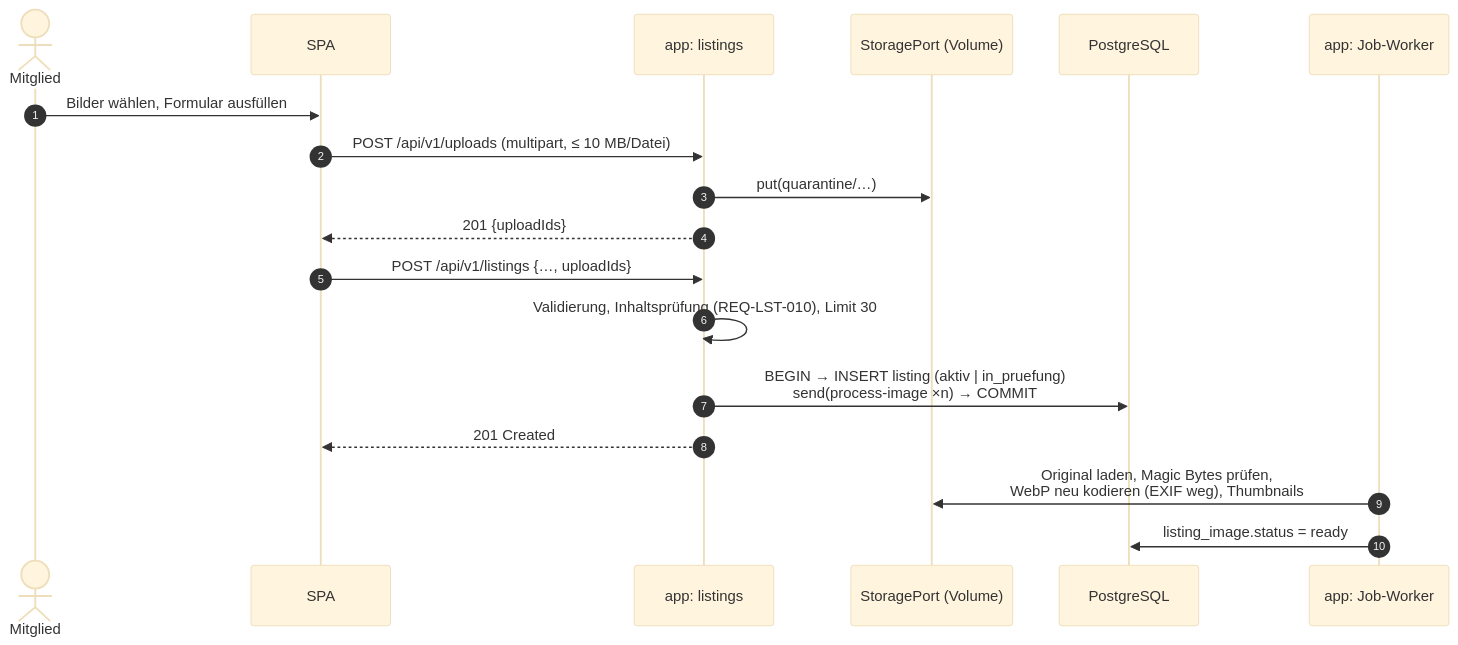
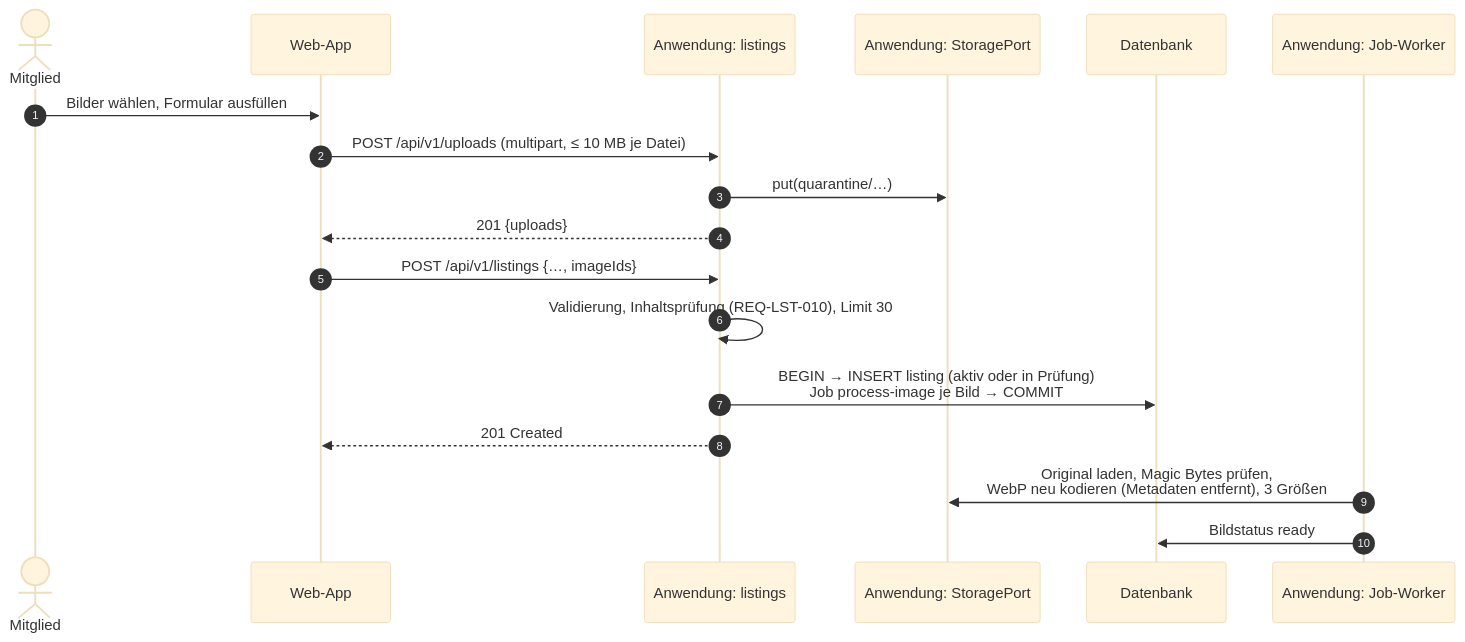
Before and after one commit to CaRo10Robert/SWeng_projekt2026: the tenth of 13 diagrams in docs/03-architektur/architektur.md, drawn with Mermaid (base theme). The commit also changed other lines of this file and 20 other files, not shown here.

````diff
--- a/docs/03-architektur/architektur.md
+++ b/docs/03-architektur/architektur.md
@@ -457,21 +599,21 @@
 ```mermaid
 sequenceDiagram
     autonumber
     actor M as Mitglied
-    participant SPA as SPA
-    participant L as app: listings
-    participant ST as StoragePort (Volume)
-    participant DB as PostgreSQL
-    participant J as app: Job-Worker
+    participant SPA as Web-App
+    participant L as Anwendung: listings
+    participant ST as Anwendung: StoragePort
+    participant DB as Datenbank
+    participant J as Anwendung: Job-Worker
 
     M->>SPA: Bilder wählen, Formular ausfüllen
-    SPA->>L: POST /api/v1/uploads (multipart, ≤ 10 MB/Datei)
+    SPA->>L: POST /api/v1/uploads (multipart, ≤ 10 MB je Datei)
     L->>ST: put(quarantine/…)
-    L-->>SPA: 201 {uploadIds}
-    SPA->>L: POST /api/v1/listings {…, uploadIds}
+    L-->>SPA: 201 {uploads}
+    SPA->>L: POST /api/v1/listings {…, imageIds}
     L->>L: Validierung, Inhaltsprüfung (REQ-LST-010), Limit 30
-    L->>DB: BEGIN → INSERT listing (aktiv | in_pruefung)<br/>send(process-image ×n) → COMMIT
+    L->>DB: BEGIN → INSERT listing (aktiv oder in Prüfung)<br/>Job process-image je Bild → COMMIT
     L-->>SPA: 201 Created
-    J->>ST: Original laden, Magic Bytes prüfen,<br/>WebP neu kodieren (EXIF weg), Thumbnails
-    J->>DB: listing_image.status = ready
+    J->>ST: Original laden, Magic Bytes prüfen,<br/>WebP neu kodieren (Metadaten entfernt), 3 Größen
+    J->>DB: Bildstatus ready
 ```
````
